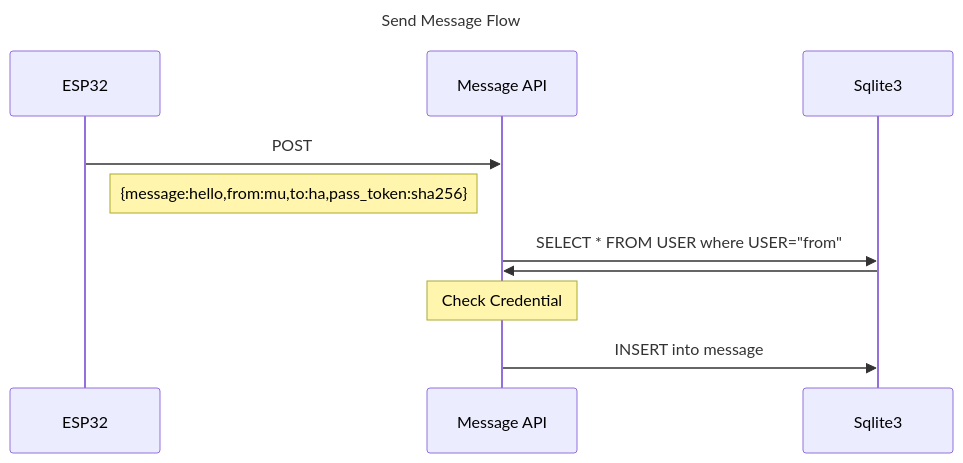
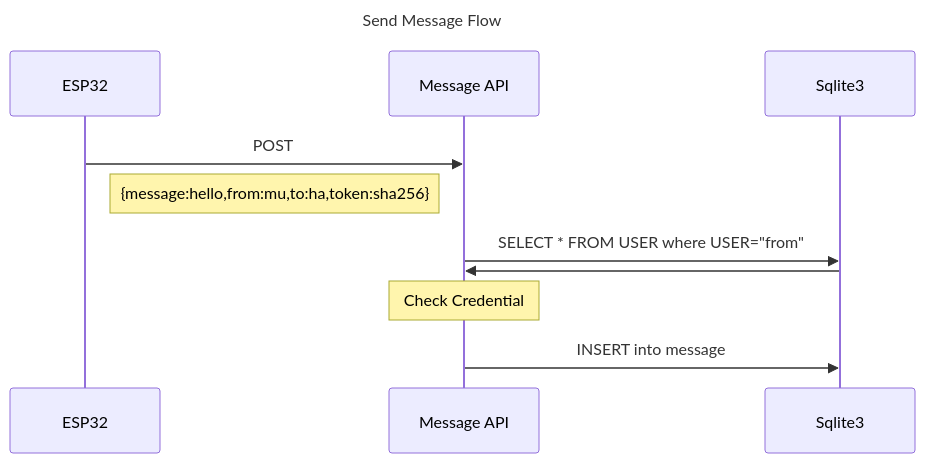
Before and after one commit to appleuser634/gin_play_app: the first of 2 diagrams in arch.md, drawn with Mermaid. The commit also changed 13 other files, not shown here.

````diff
--- a/arch.md
+++ b/arch.md
@@ -9,15 +9,15 @@
 ``` mermaid
 sequenceDiagram
 
 	title Send Message Flow
 	participant client as ESP32
     participant api as Message API
     participant db as Sqlite3
     
 	client->>api: POST
-	Note left of api: {message:hello,from:mu,to:ha,pass_token:sha256}	
+	Note left of api: {message:hello,from:mu,to:ha,token:sha256}	
 	api->>db: SELECT * FROM USER where USER="from"
 	db->>api: 
 	Note over api: Check Credential
 	api->>db: INSERT into message
 ```
````
